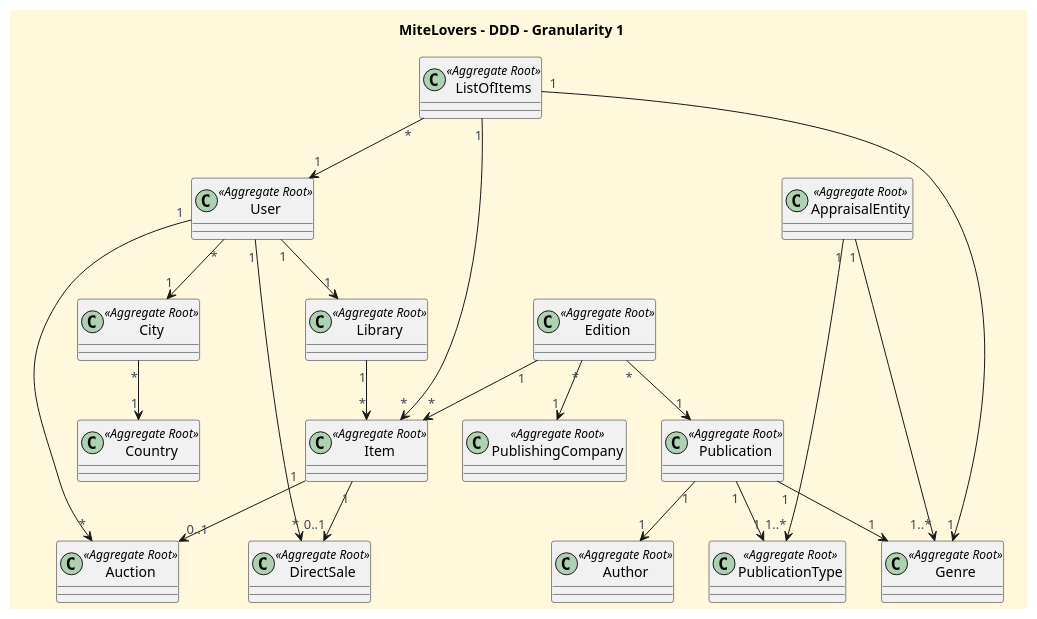
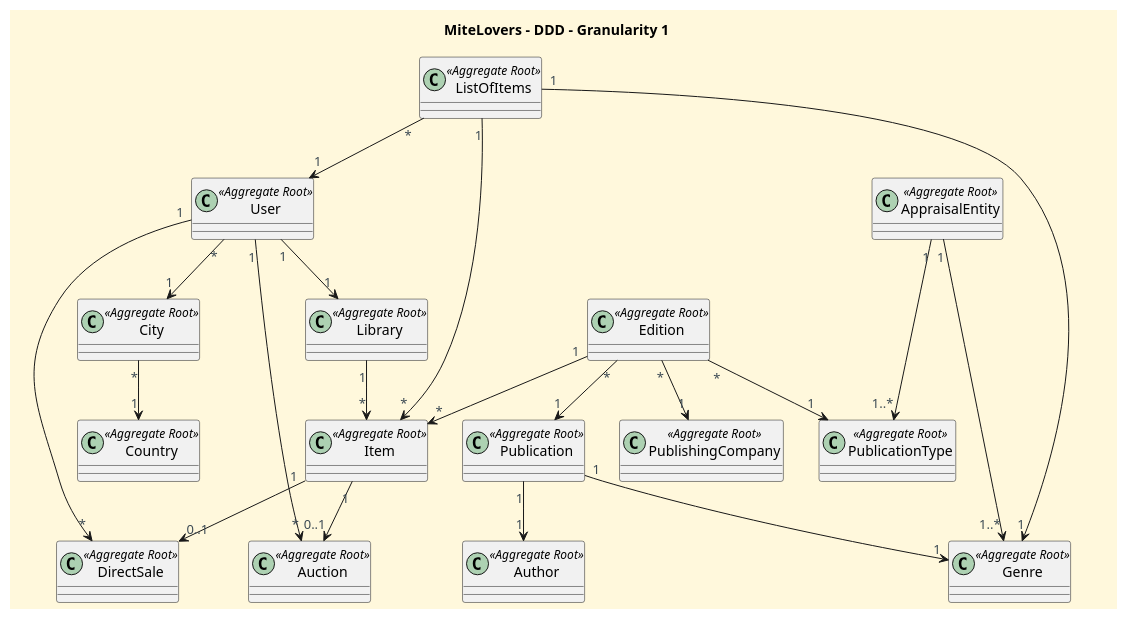
The diagram in docs/global-artifacts/DDD-G1.puml (CarolinaLeite-collab/JavaMarketplacePlatform), drawn with PlantUML before and after one commit. The commit also changed 2 other files, not shown here.

Commit message:
docs: refine DDD global diagrams (G1, G2, G3) to reflect changes to Edition aggregate(#540)

```diff
--- a/docs/global-artifacts/DDD-G1.puml
+++ b/docs/global-artifacts/DDD-G1.puml
@@ -1,94 +1,94 @@
 @startuml
 'https://plantuml.com/class-diagram
 
 '==== Title ====
 title MiteLovers – DDD - Granularity 1
 top to bottom direction
 
 '==== basic style ====
 
 'hides unwanted text
 
 skinparam monochrome false
 
 skinparam monochrome false
 skinparam shadowing false
 skinparam defaultFontName Futura
 skinparam objectFontSize 20
 skinparam backgroundColor CornSilk
 skinparam objectBackgroundColor WhiteSmoke
 skinparam noteBackgroundColor #FFFFE0
 skinparam ArrowFontColor #3B4953
 skinparam ActivationBackgroundColor black
 skinparam classAttributeIconSize 0
 
 '--- undefined objects ---'
 skinparam object {
   BackgroundColor<<highlight>> 91C6BCAA
   BorderColor<<highlight>> 4B9DA9AA
   FontColor<<highlight>> 547792AA
 }
 skinparam shadowing<<highlight>> false
 
 '--- Objects - Aggregate Roots ---'
 
 
 class User <<Aggregate Root>>
 class Library <<Aggregate Root>> {}
 class ListOfItems <<Aggregate Root>> {}
 class Item <<Aggregate Root>> {}
 class City <<Aggregate Root>> {}
 class Country <<Aggregate Root>> {}
 class DirectSale <<Aggregate Root>> {}
 class Auction <<Aggregate Root>> {}
 'class Bid <<Entity>> {}
 class Edition <<Aggregate Root>> {}
 class PublishingCompany <<Aggregate Root>> {}
 class Publication <<Aggregate Root>> {}
 class Author <<Aggregate Root>> {}
 class PublicationType <<Aggregate Root>>  {}
 class Genre <<Aggregate Root>> {}
 class AppraisalEntity <<Aggregate Root>> {}
 
 '=== Correlations ==='
 
 '--- Edition ---'
 Edition "*" --> "1" PublishingCompany
 Edition "*" --> "1" Publication
 Edition "1" --> "*" Item
+Edition "*" --> "1" PublicationType
 
 '--- Item ---'
 Library "1" --> "*" Item
 ListOfItems "1" --> "*" Item
 
 '--- ListOfItems ---'
 ListOfItems "*" --> "1" User
 ListOfItems "1" --> "1" Genre
 
 '--- User ---'
 User "*" --> "1" City
 User "1" --> "1" Library
 'User "1" --> "*" Bid
 User "1" --> "*" Auction
 User "1" --> "*" DirectSale
 
 '--- Publication ---'
 Publication "1" --> "1" Author
-Publication "1" --> "1" PublicationType
 Publication "1" --> "1" Genre
 
 '--- AppraisalEntity ---'
 AppraisalEntity "1" --> "1..*" PublicationType
 AppraisalEntity "1" ----> "1..*" Genre
 
 '--- Listing ---'
 Item "1" --> "0..1" Auction
 Item "1" --> "0..1" DirectSale
 'Auction "1" --> "*" Bid
 
 '--- City ---'
 City "*" --> "1" Country
 
 
 
 @enduml
```
